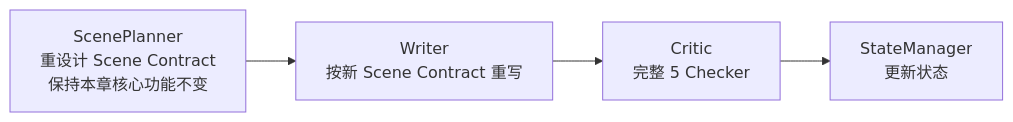
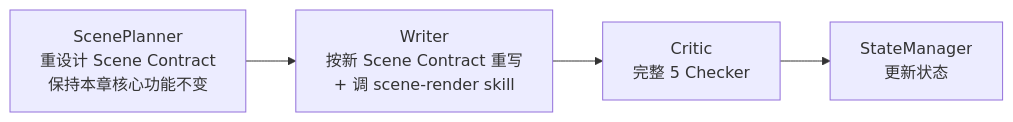
Before and after one commit to deathwhispers/novel-studio: the second of 4 diagrams in workflow-specs/revise-chapter.md, drawn with Mermaid. The commit also changed other lines of this file and 13 other files, not shown here.

````diff
--- a/workflow-specs/revise-chapter.md
+++ b/workflow-specs/revise-chapter.md
@@ -54,4 +54,4 @@
 ```mermaid
 flowchart LR
-    SP["ScenePlanner<br/>重设计 Scene Contract<br/>保持本章核心功能不变"] --> W["Writer<br/>按新 Scene Contract 重写"] --> C["Critic<br/>完整 5 Checker"] --> SM["StateManager<br/>更新状态"]
+    SP["ScenePlanner<br/>重设计 Scene Contract<br/>保持本章核心功能不变"] --> W["Writer<br/>按新 Scene Contract 重写<br/>+ 调 scene-render skill"] --> C["Critic<br/>完整 5 Checker"] --> SM["StateManager<br/>更新状态"]
 ```
````
